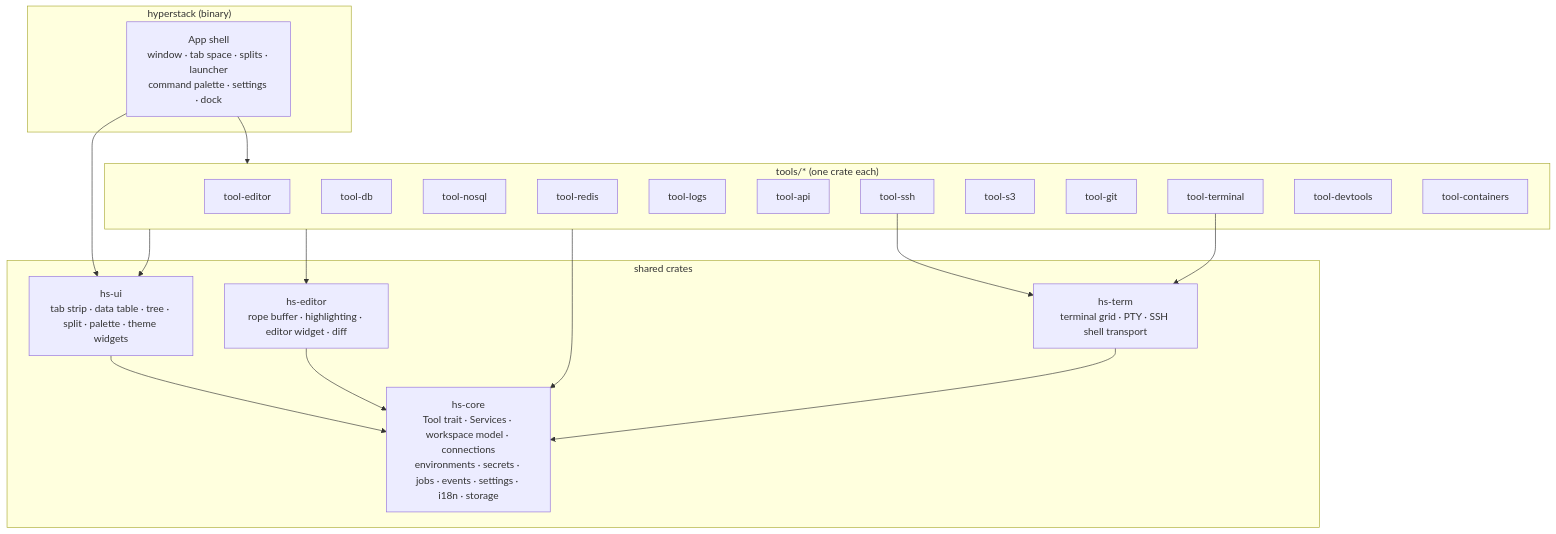
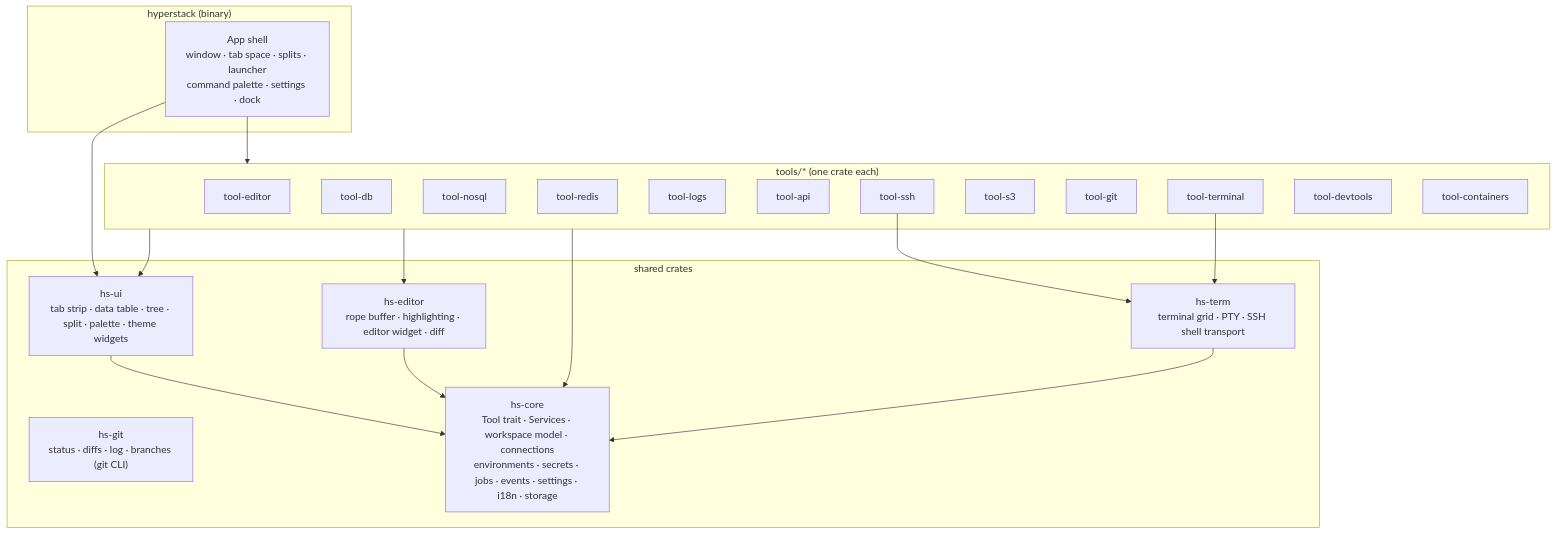
The first of 2 diagrams in docs/03-architecture.md (mzaki-raup/hyper-stack), drawn with Mermaid before and after one commit. The commit also changed other lines of this file and 23 other files, not shown here.

First line of the commit message:
feat(git): Git view in the editor: tree status, Source Control, diffs, history

````diff
--- a/docs/03-architecture.md
+++ b/docs/03-architecture.md
@@ -15,26 +15,27 @@
 ```mermaid
 flowchart TB
     subgraph bin["hyperstack (binary)"]
         Shell["App shell<br/>window · tab space · splits · launcher<br/>command palette · settings · dock"]
     end
     subgraph tools["tools/* (one crate each)"]
         Ed[tool-editor] ; Db[tool-db] ; Nq[tool-nosql] ; Rd[tool-redis] ; Lg[tool-logs] ; Api[tool-api] ; Ssh[tool-ssh]
         S3[tool-s3] ; Git[tool-git] ; Term[tool-terminal] ; Dev[tool-devtools] ; Ctr[tool-containers]
     end
     subgraph shared["shared crates"]
         UI["hs-ui<br/>tab strip · data table · tree · split · palette · theme widgets"]
         Editor["hs-editor<br/>rope buffer · highlighting · editor widget · diff"]
+        GitCore["hs-git<br/>status · diffs · log · branches (git CLI)"]
         TermCore["hs-term<br/>terminal grid · PTY · SSH shell transport"]
         Core["hs-core<br/>Tool trait · Services · workspace model · connections<br/>environments · secrets · jobs · events · settings · i18n · storage"]
     end
     Shell --> tools
     Shell --> UI
     tools --> UI
     tools --> Editor
     Ssh --> TermCore
     Term --> TermCore
     tools --> Core
     UI --> Core
     Editor --> Core
     TermCore --> Core
 ```
````
